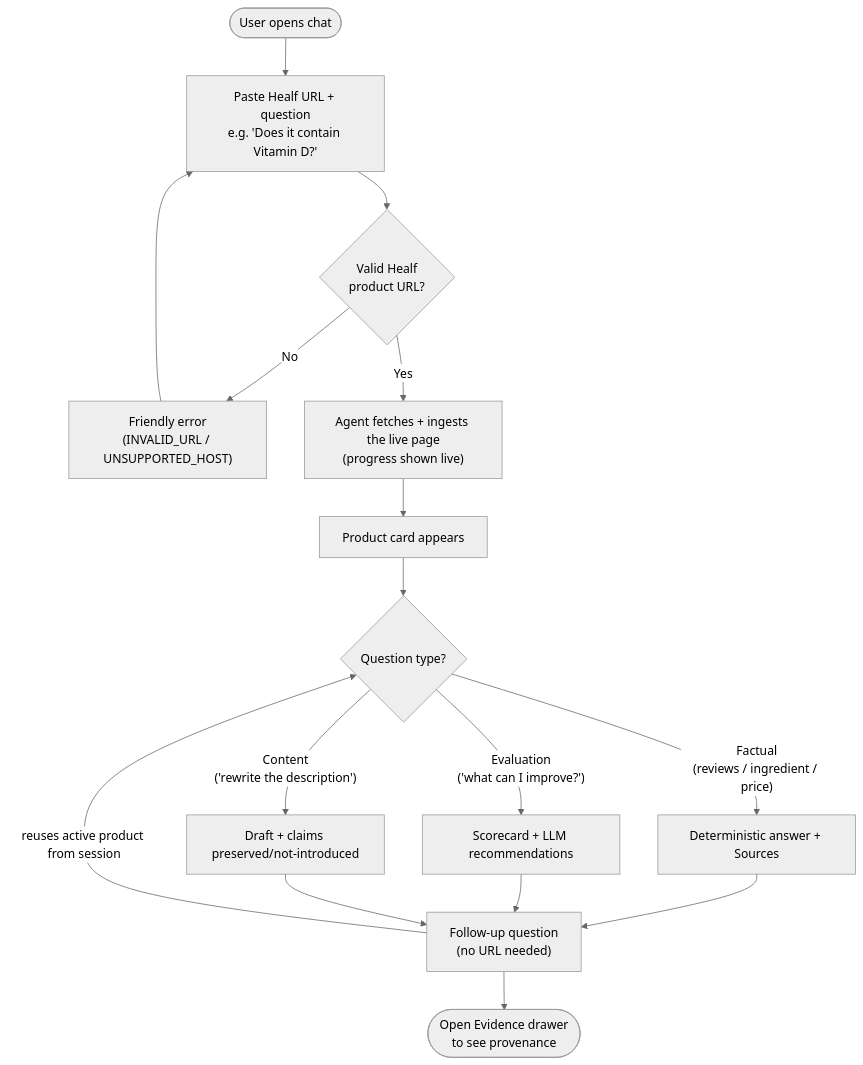
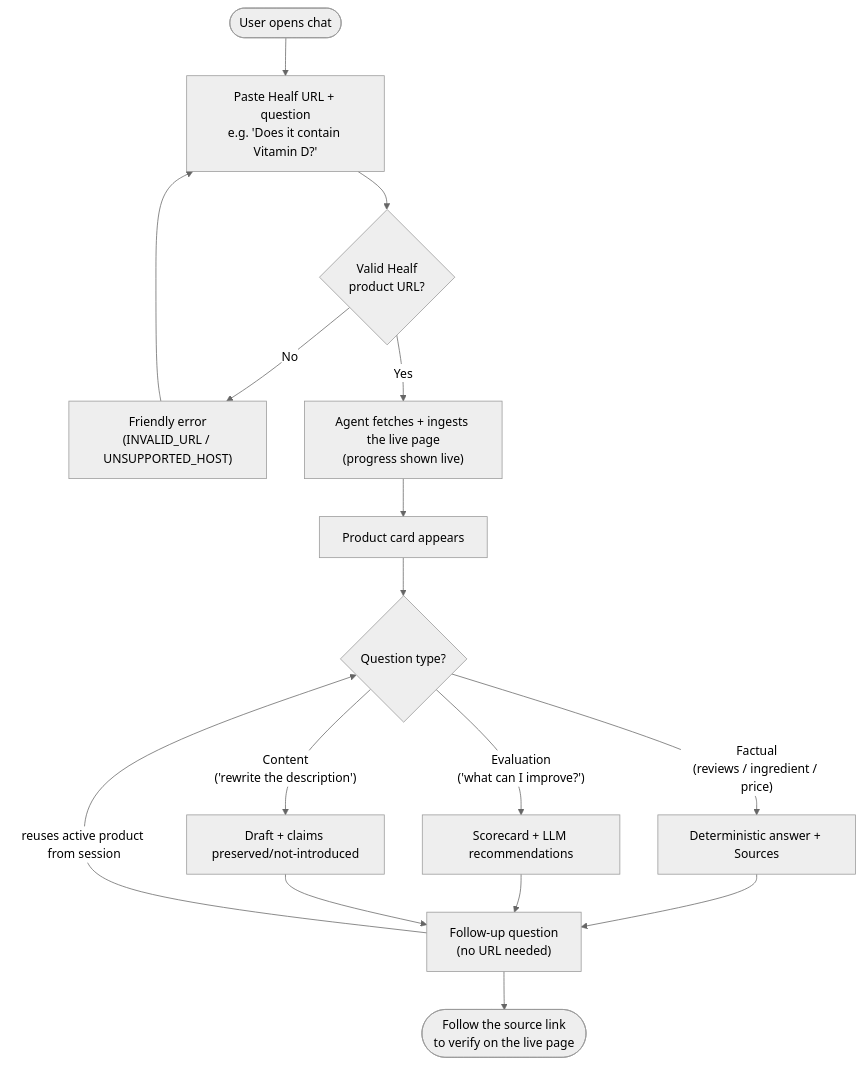
The second of 7 diagrams in docs/DIAGRAMS.md (vortexash/healf-product-intelligence-agent), drawn with Mermaid (neutral theme) before and after one commit. The commit also changed other lines of this file and 6 other files, not shown here.

Commit message:
docs: final audit pass - fix stale references, refresh example outputs with all 9 scenarios incl. vision, update roadmap

````diff
--- a/docs/DIAGRAMS.md
+++ b/docs/DIAGRAMS.md
@@ -58,17 +58,17 @@
 ```mermaid
 flowchart TD
     A([User opens chat]) --> B["Paste Healf URL + question<br/>e.g. 'Does it contain Vitamin D?'"]
     B --> C{Valid Healf<br/>product URL?}
     C -- No --> C1["Friendly error<br/>(INVALID_URL / UNSUPPORTED_HOST)"] --> B
     C -- Yes --> D["Agent fetches + ingests the live page<br/>(progress shown live)"]
     D --> E["Product card appears"]
     E --> F{Question type?}
     F -- "Factual<br/>(reviews / ingredient / price)" --> G["Deterministic answer + Sources"]
     F -- "Evaluation<br/>('what can I improve?')" --> H["Scorecard + LLM recommendations"]
     F -- "Content<br/>('rewrite the description')" --> I["Draft + claims preserved/not-introduced"]
     G --> J["Follow-up question<br/>(no URL needed)"]
     H --> J
     I --> J
     J -- "reuses active product from session" --> F
-    J --> K([Open Evidence drawer<br/>to see provenance])
+    J --> K([Follow the source link<br/>to verify on the live page])
 ```
````
